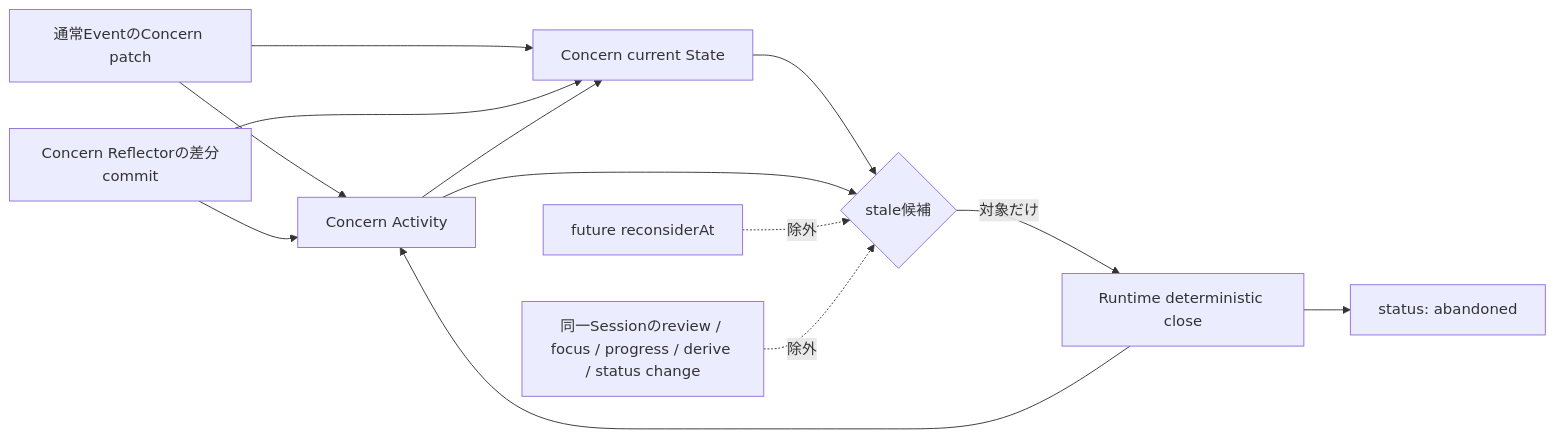
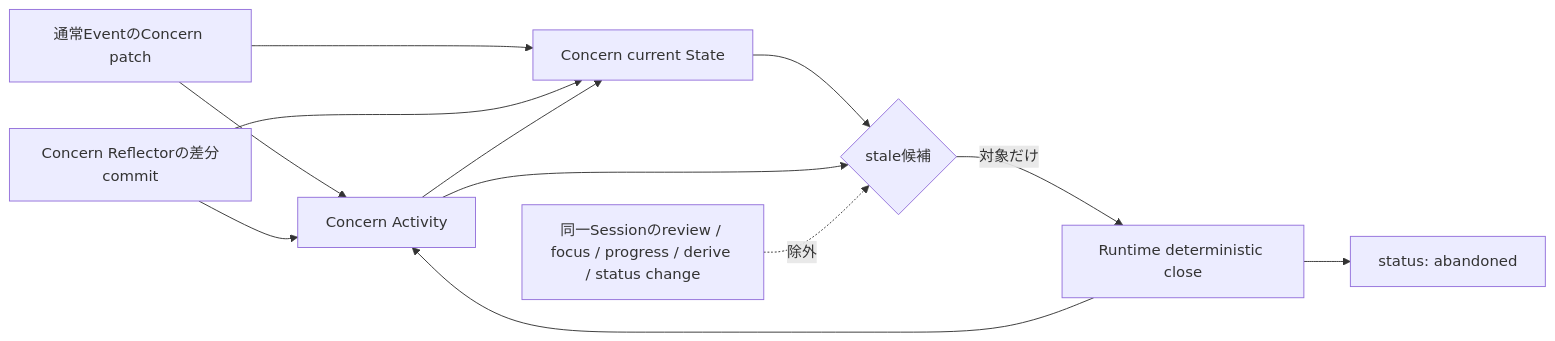
One commit to if001/social_agent changed the seventh of 8 diagrams in docs/AGENT_MOTIVATION_MODEL.md. Above: the diagram before and after it, drawn with Mermaid. The commit also changed other lines of this file and 10 other files, not shown here.

````diff
--- a/docs/AGENT_MOTIVATION_MODEL.md
+++ b/docs/AGENT_MOTIVATION_MODEL.md
@@ -343,15 +343,14 @@
 ```mermaid
 flowchart LR
     PATCH[通常EventのConcern patch] --> ACT[Concern Activity]
     REF[Concern Reflectorの差分commit] --> ACT
     PATCH --> CURRENT
     REF --> CURRENT
     ACT --> CURRENT[Concern current State]
     CURRENT --> STALE{stale候補}
     ACT --> STALE
-    DUE[future reconsiderAt] -. 除外 .-> STALE
     REVIEW[同一Sessionのreview / focus / progress / derive / status change] -. 除外 .-> STALE
     STALE -->|対象だけ| CLOSE[Runtime deterministic close]
     CLOSE --> ABANDONED[status: abandoned]
     CLOSE --> ACT
 ```
````
